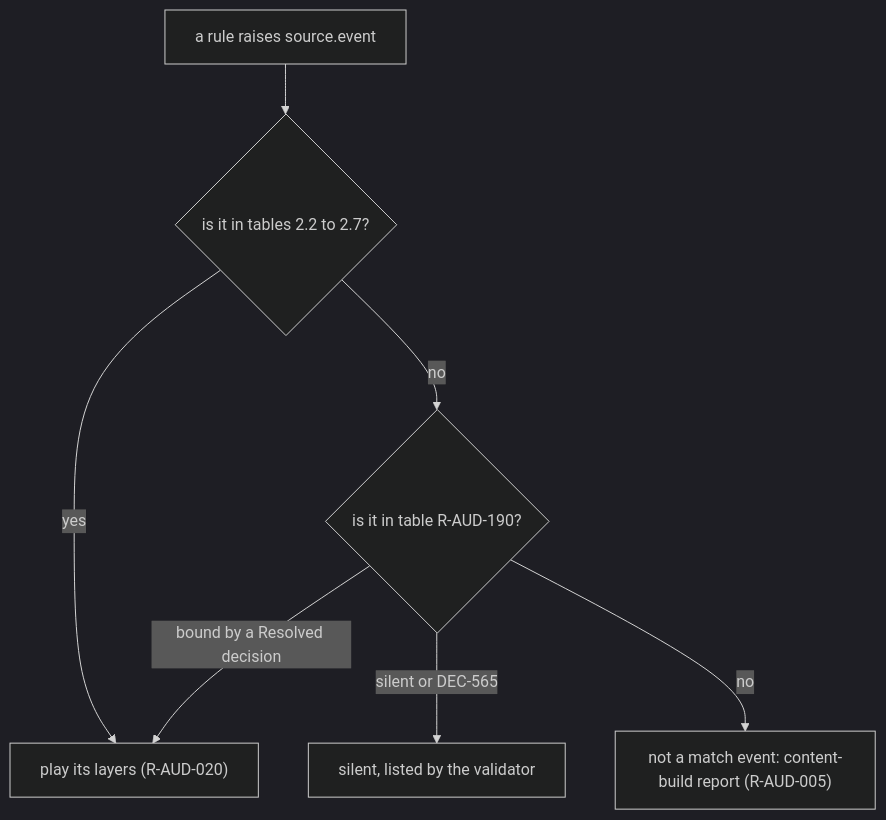
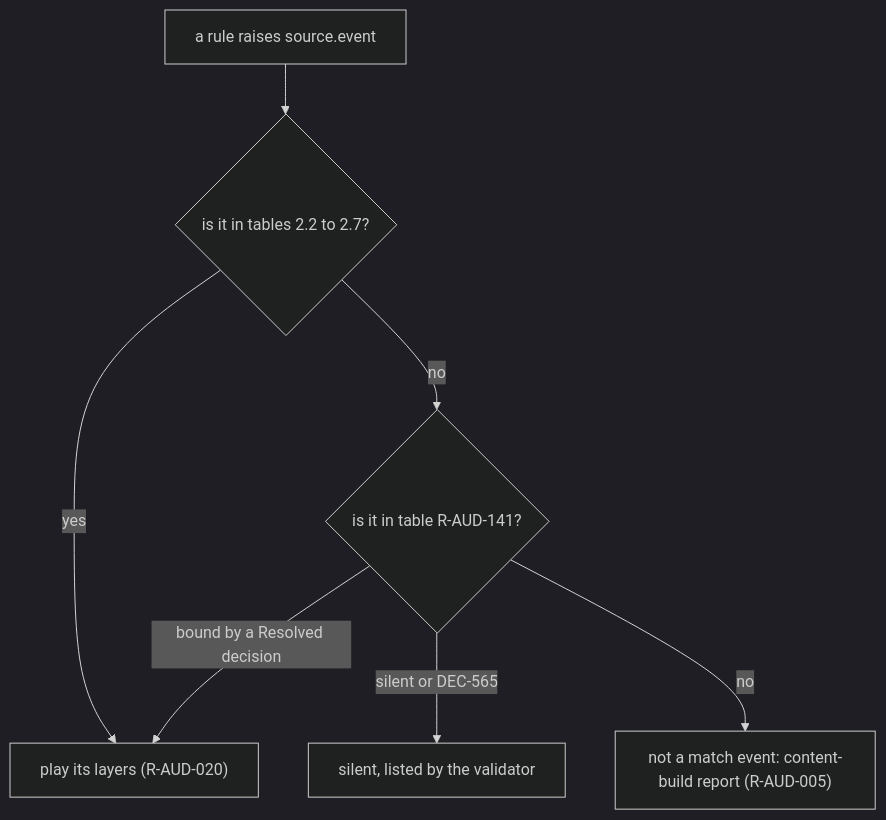
The diagram in design_next/reference/10_audio_design/event_catalogue.md (Zwaliebaba/Species.AI), drawn with Mermaid (dark theme) before and after one commit. The commit also changed other lines of this file and 13 other files, not shown here.

````diff
--- a/design_next/reference/10_audio_design/event_catalogue.md
+++ b/design_next/reference/10_audio_design/event_catalogue.md
@@ -698,9 +698,9 @@
 ```mermaid
 flowchart TD
   R["a rule raises source.event"] --> B{"is it in tables 2.2 to 2.7?"}
   B -->|"yes"| L["play its layers (R-AUD-020)"]
-  B -->|"no"| S{"is it in table R-AUD-190?"}
+  B -->|"no"| S{"is it in table R-AUD-141?"}
   S -->|"bound by a Resolved decision"| L
   S -->|"silent or DEC-565"| Q["silent, listed by the validator"]
   S -->|"no"| E["not a match event: content-build report (R-AUD-005)"]
 ```
````
